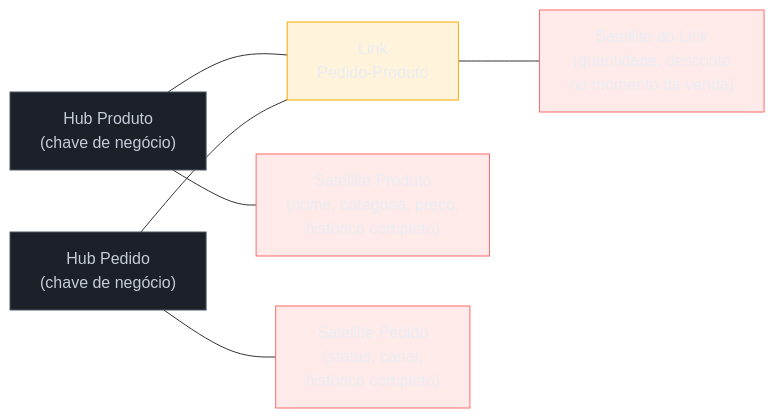
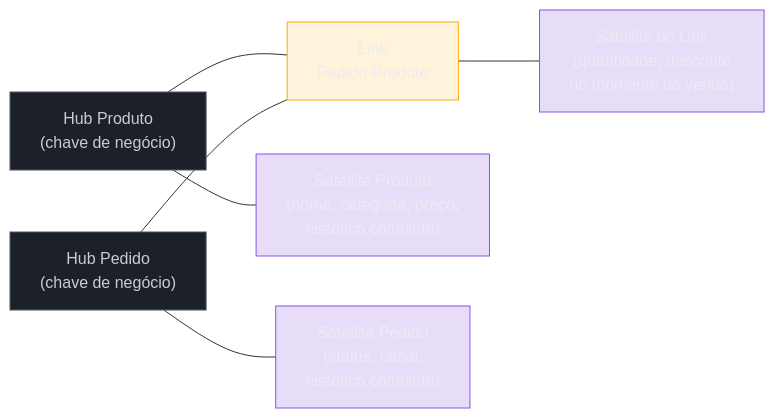
Before and after one commit to josenaldo/codex-technomanticus: the first of 2 diagrams in 03-Dominios/Engenharia/Dados/2 - Modelagem para analytics/05 - Além de Kimball.md, drawn with Mermaid. The commit also changed other lines of this file and 601 other files, not shown here.

````diff
--- a/03-Dominios/Engenharia/Dados/2 - Modelagem para analytics/05 - Além de Kimball.md
+++ b/03-Dominios/Engenharia/Dados/2 - Modelagem para analytics/05 - Além de Kimball.md
@@ -77,18 +77,18 @@
 ```mermaid
 graph LR
+    classDef marca fill:#8855DF33,stroke:#8855DF,color:#E9ECF2
     classDef neutro fill:#1B2029,stroke:#4E5666,color:#C6CCD8
     classDef destaque fill:#FFAA0024,stroke:#FFAA00,color:#E9ECF2
-    classDef falha fill:#FF6B6B24,stroke:#FF6B6B,color:#E9ECF2
     HP["Hub Produto<br/>(chave de negócio)"] --- LK["Link<br/>Pedido-Produto"]
     HD["Hub Pedido<br/>(chave de negócio)"] --- LK
     HP --- SP["Satellite Produto<br/>(nome, categoria, preço,<br/>histórico completo)"]
     HD --- SD["Satellite Pedido<br/>(status, canal,<br/>histórico completo)"]
     LK --- SL["Satellite do Link<br/>(quantidade, desconto<br/>no momento da venda)"]
 
     class HP neutro
     class HD neutro
     class LK destaque
-    class SP falha
-    class SD falha
-    class SL falha
+    class SP marca
+    class SD marca
+    class SL marca
 ```
````
